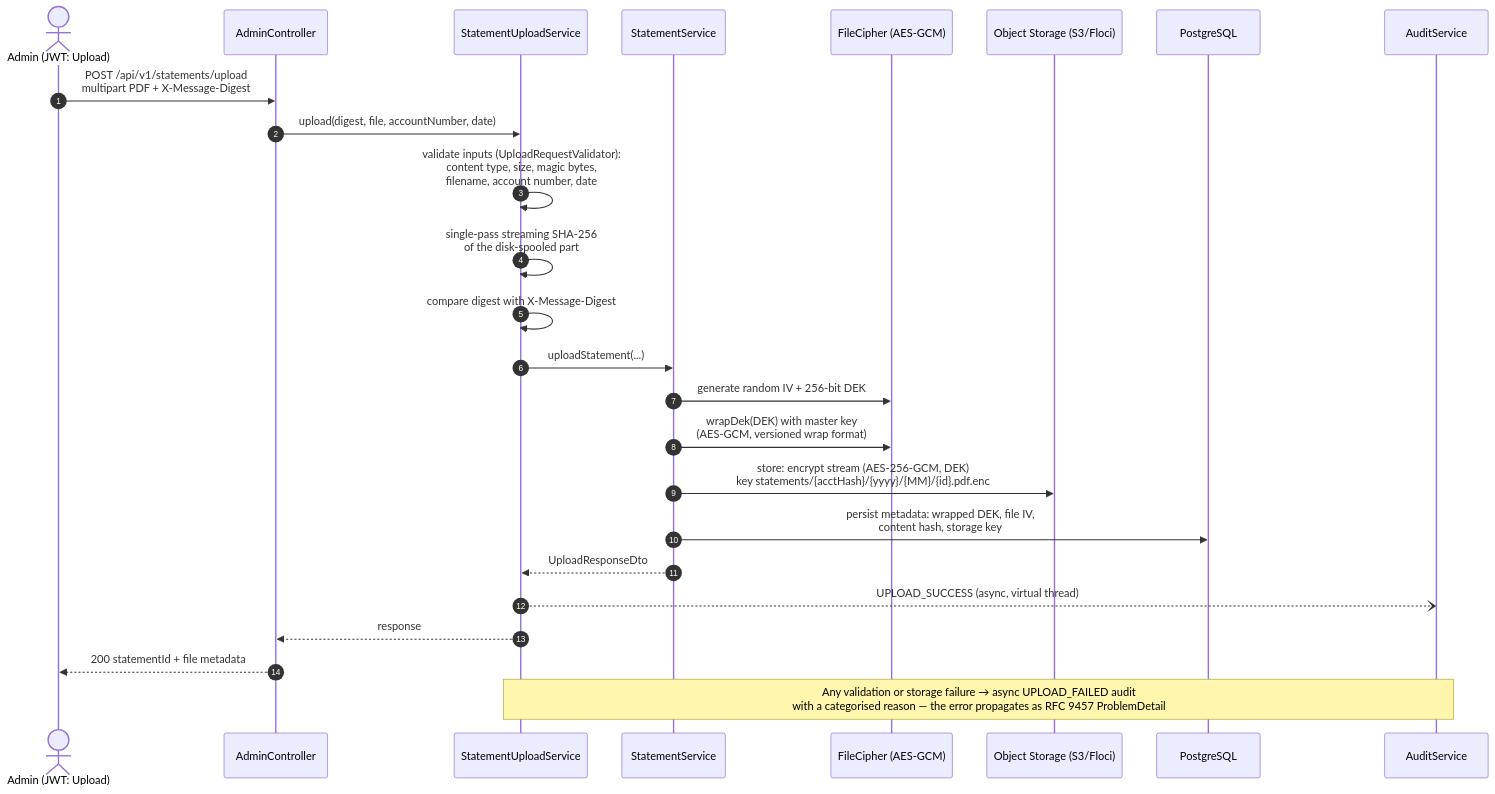
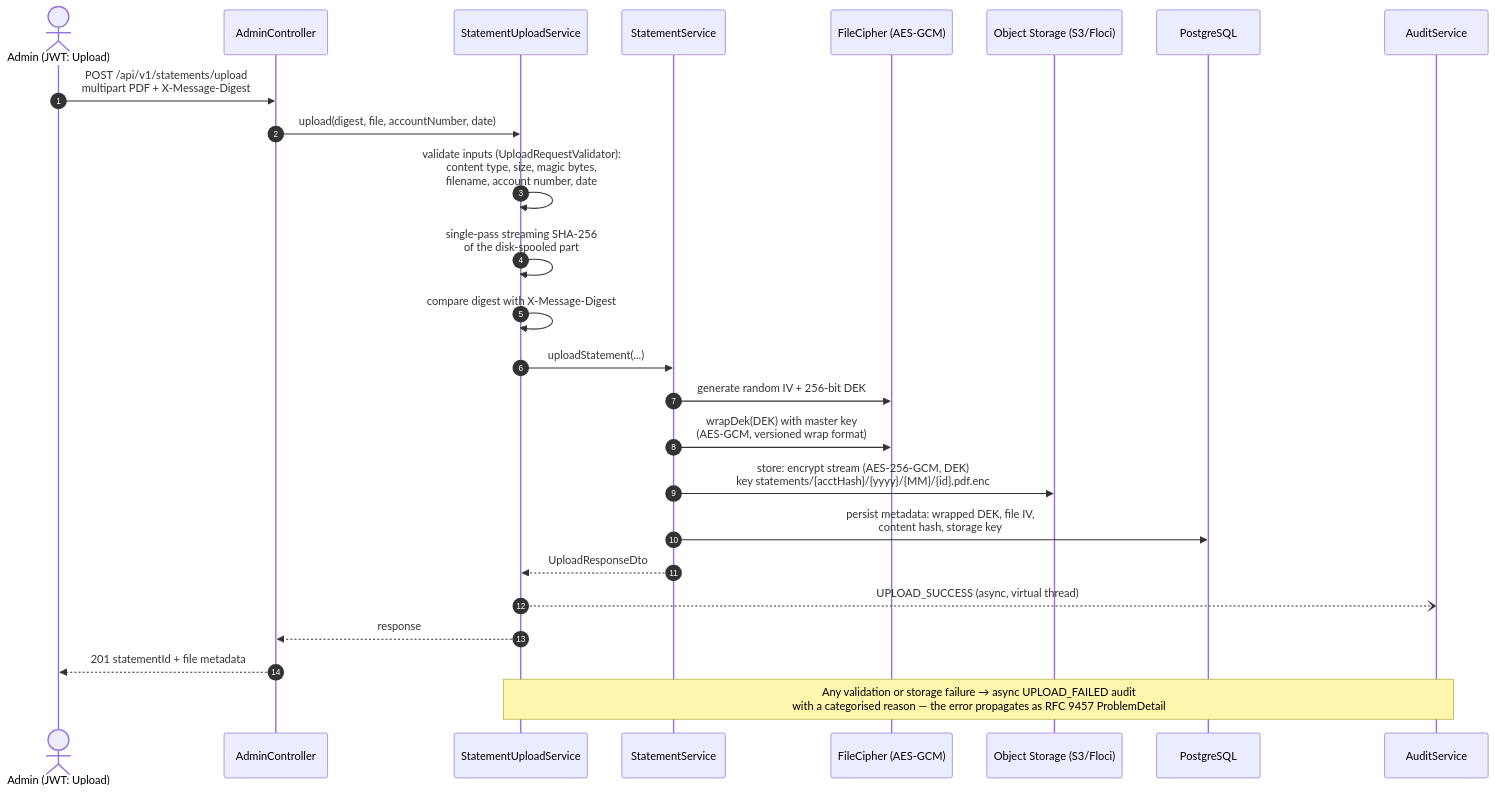
One commit to RichDev76/secure-statement-delivery changed the first of 6 diagrams in docs/Architecture_Overview.md. Above: the diagram before and after it, drawn with Mermaid. The commit also changed other lines of this file and 17 other files, not shown here.

````diff
--- a/docs/Architecture_Overview.md
+++ b/docs/Architecture_Overview.md
@@ -78,29 +78,29 @@
 ```mermaid
 sequenceDiagram
     autonumber
     actor Admin as Admin (JWT: Upload)
     participant AC as AdminController
     participant US as StatementUploadService
     participant SS as StatementService
     participant FC as FileCipher (AES-GCM)
     participant S3 as Object Storage (S3/Floci)
     participant DB as PostgreSQL
     participant AU as AuditService
 
     Admin->>AC: POST /api/v1/statements/upload<br/>multipart PDF + X-Message-Digest
     AC->>US: upload(digest, file, accountNumber, date)
     US->>US: validate inputs (UploadRequestValidator):<br/>content type, size, magic bytes,<br/>filename, account number, date
     US->>US: single-pass streaming SHA-256<br/>of the disk-spooled part
     US->>US: compare digest with X-Message-Digest
     US->>SS: uploadStatement(...)
     SS->>FC: generate random IV + 256-bit DEK
     SS->>FC: wrapDek(DEK) with master key<br/>(AES-GCM, versioned wrap format)
     SS->>S3: store: encrypt stream (AES-256-GCM, DEK)<br/>key statements/{acctHash}/{yyyy}/{MM}/{id}.pdf.enc
     SS->>DB: persist metadata: wrapped DEK, file IV,<br/>content hash, storage key
     SS-->>US: UploadResponseDto
     US--)AU: UPLOAD_SUCCESS (async, virtual thread)
     US-->>AC: response
-    AC-->>Admin: 200 statementId + file metadata
+    AC-->>Admin: 201 statementId + file metadata
 
     Note over US,AU: Any validation or storage failure → async UPLOAD_FAILED audit<br/>with a categorised reason — the error propagates as RFC 9457 ProblemDetail
 ```
````
